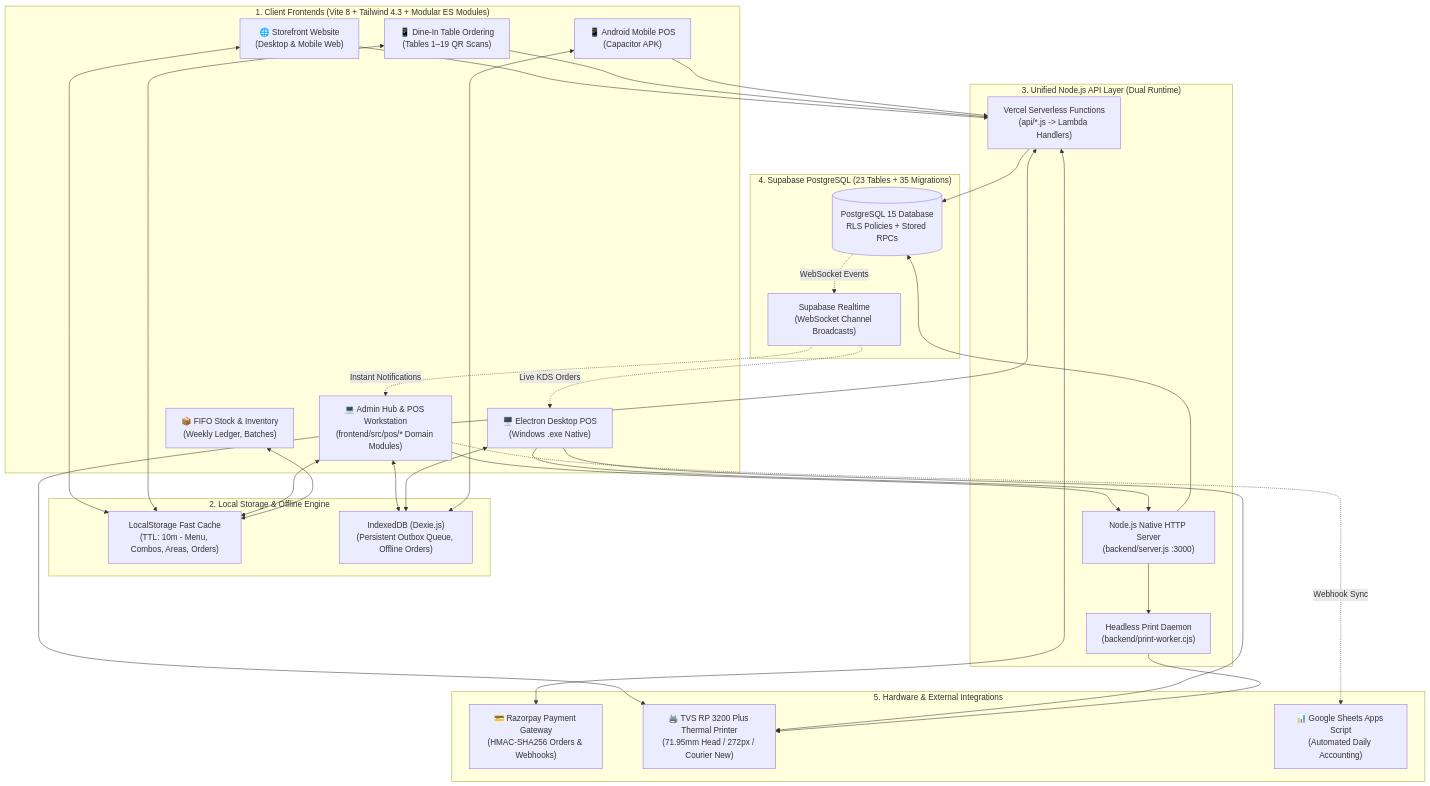
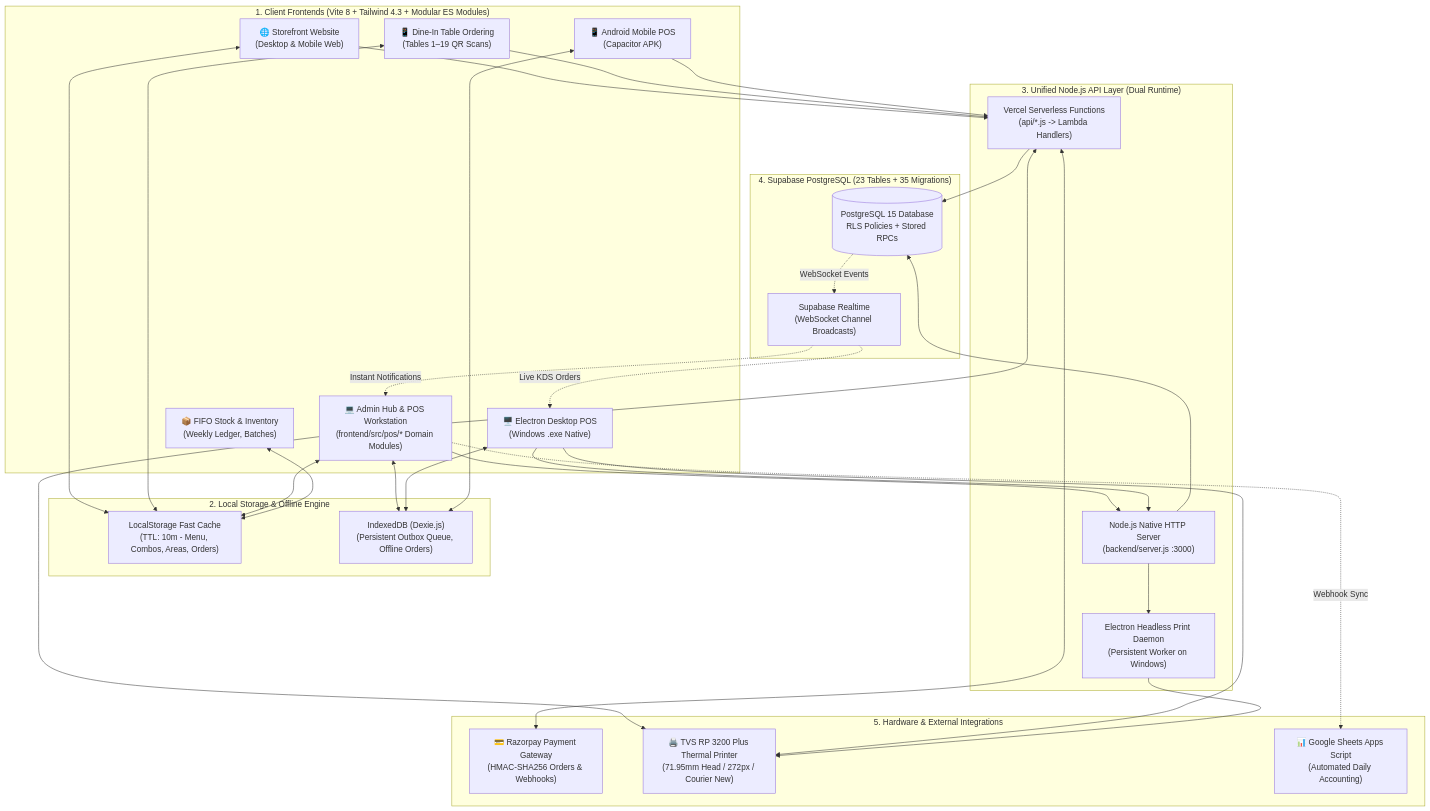
The first of 2 diagrams in README.md (arfat87/E-COMMERSE-LIMRA-website), drawn with Mermaid before and after one commit. The commit also changed other lines of this file, not shown here.

````diff
--- a/README.md
+++ b/README.md
@@ -67,60 +72,60 @@
 ```mermaid
 flowchart TD
     subgraph Clients["1. Client Frontends (Vite 8 + Tailwind 4.3 + Modular ES Modules)"]
         Cust["🌐 Storefront Website\n(Desktop & Mobile Web)"]
         TableQR["📱 Dine-In Table Ordering\n(Tables 1–19 QR Scans)"]
         AdminPOS["💻 Admin Hub & POS Workstation\n(frontend/src/pos/* Domain Modules)"]
         StockUI["📦 FIFO Stock & Inventory\n(Weekly Ledger, Batches)"]
         ElectronPOS["🖥️ Electron Desktop POS\n(Windows .exe Native)"]
         CapacitorPOS["📱 Android Mobile POS\n(Capacitor APK)"]
     end
 
     subgraph FastStorage["2. Local Storage & Offline Engine"]
         LocalCache["LocalStorage Fast Cache\n(TTL: 10m - Menu, Combos, Areas, Orders)"]
         DexieDB["IndexedDB (Dexie.js)\n(Persistent Outbox Queue, Offline Orders)"]
     end
 
     subgraph BackendLayer["3. Unified Node.js API Layer (Dual Runtime)"]
         Serverless["Vercel Serverless Functions\n(api/*.js -> Lambda Handlers)"]
         NativeServer["Node.js Native HTTP Server\n(backend/server.js :3000)"]
-        PrintWorker["Headless Print Daemon\n(backend/print-worker.cjs)"]
+        PrintDaemon["Electron Headless Print Daemon\n(Persistent Worker on Windows)"]
     end
 
     subgraph CloudDatabase["4. Supabase PostgreSQL (23 Tables + 35 Migrations)"]
         Postgres[("PostgreSQL 15 Database\nRLS Policies + Stored RPCs")]
         Realtime["Supabase Realtime\n(WebSocket Channel Broadcasts)"]
     end
 
     subgraph Hardware["5. Hardware & External Integrations"]
         Razorpay["💳 Razorpay Payment Gateway\n(HMAC-SHA256 Orders & Webhooks)"]
         TVSPrinter["🖨️ TVS RP 3200 Plus Thermal Printer\n(71.95mm Head / 272px / Courier New)"]
         GoogleSheets["📊 Google Sheets Apps Script\n(Automated Daily Accounting)"]
     end
 
     Cust <--> LocalCache
     TableQR <--> LocalCache
     AdminPOS <--> LocalCache
     AdminPOS <--> DexieDB
     StockUI <--> LocalCache
     ElectronPOS <--> DexieDB
     CapacitorPOS <--> DexieDB
 
     Cust --> Serverless
     TableQR --> Serverless
     AdminPOS --> Serverless
     AdminPOS --> NativeServer
     ElectronPOS --> NativeServer
     CapacitorPOS --> Serverless
 
     Serverless --> Postgres
     NativeServer --> Postgres
     Serverless <--> Razorpay
     Postgres -. WebSocket Events .-> Realtime
     Realtime -. Instant Notifications .-> AdminPOS
     Realtime -. Live KDS Orders .-> ElectronPOS
 
     AdminPOS --> TVSPrinter
     ElectronPOS --> TVSPrinter
-    NativeServer --> PrintWorker --> TVSPrinter
+    NativeServer --> PrintDaemon --> TVSPrinter
     AdminPOS -. Webhook Sync .-> GoogleSheets
 ```
````
